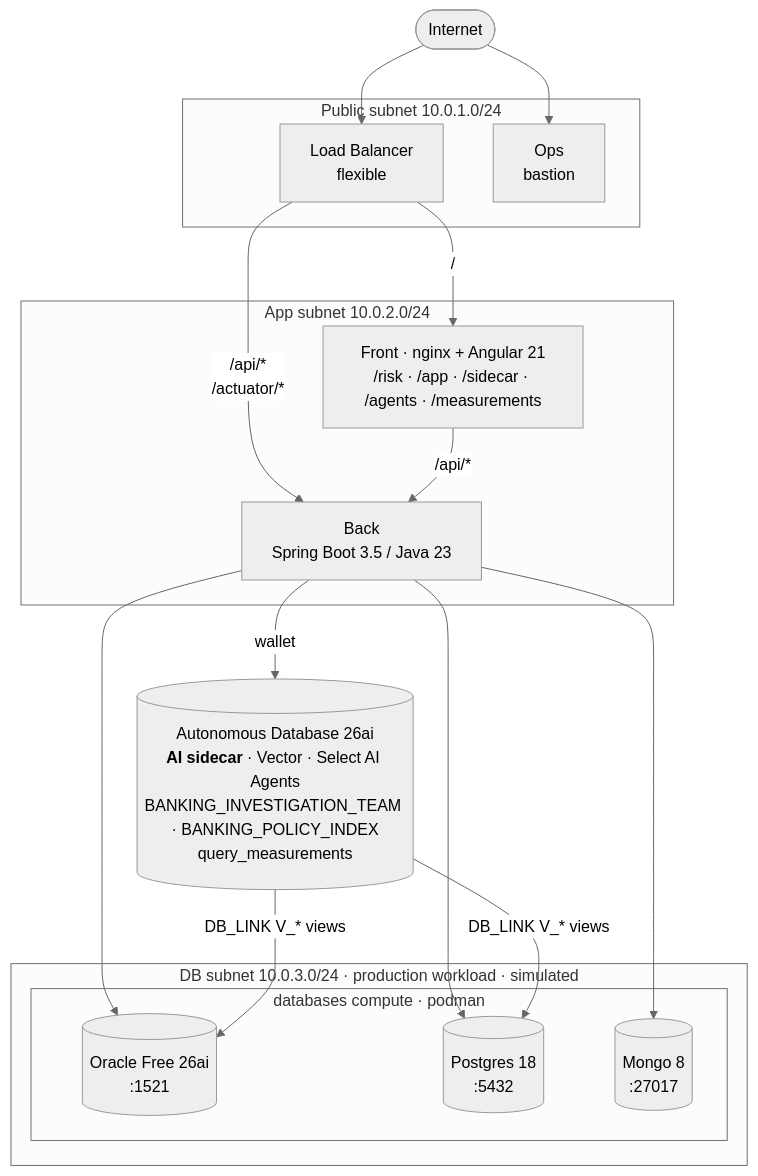
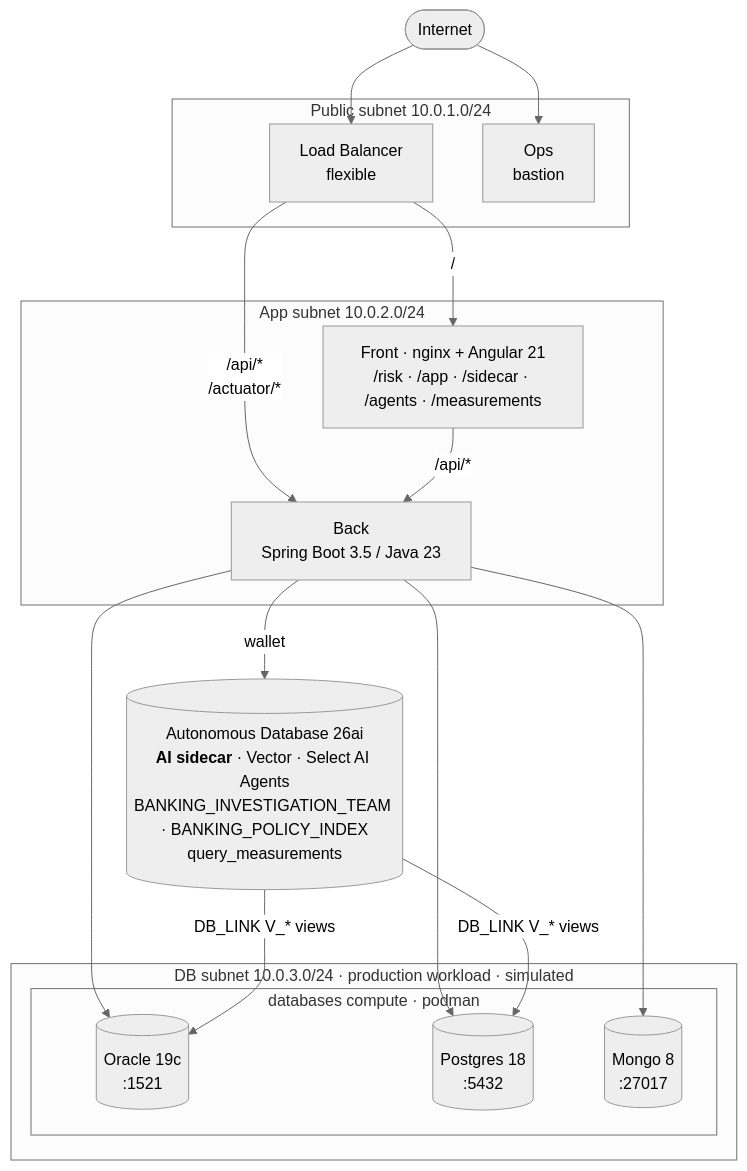
Before and after one commit to vmleon/oracle-adb-sidecar-architecture: the fourth of 4 diagrams in README.md, drawn with Mermaid (neutral theme). The commit also changed other lines of this file and 2 other files, not shown here.

Commit message:
docs: rework TODO into ordered ROADMAP, relabel sim prod as 19c

````diff
--- a/README.md
+++ b/README.md
@@ -179,36 +181,36 @@
 ```mermaid
 flowchart TB
     internet([Internet])
 
     subgraph public [Public subnet 10.0.1.0/24]
         lb[Load Balancer<br/>flexible]
         ops[Ops<br/>bastion]
     end
 
     subgraph appnet [App subnet 10.0.2.0/24]
         front["Front · nginx + Angular 21<br/>/risk · /app · /sidecar · /agents · /measurements"]
         back[Back<br/>Spring Boot 3.5 / Java 23]
     end
 
     subgraph dbnet [DB subnet 10.0.3.0/24 · production workload · simulated]
         subgraph databases [databases compute · podman]
-            oracle[(Oracle Free 26ai<br/>:1521)]
+            oracle[(Oracle 19c<br/>:1521)]
             postgres[(Postgres 18<br/>:5432)]
             mongo[(Mongo 8<br/>:27017)]
         end
     end
 
     adb[(Autonomous Database 26ai<br/><b>AI sidecar</b> · Vector · Select AI Agents<br/>BANKING_INVESTIGATION_TEAM · BANKING_POLICY_INDEX<br/>query_measurements)]
 
     internet --> lb
     internet --> ops
     lb -->|/| front
     lb -->|/api/*<br/>/actuator/*| back
     front -->|/api/*| back
     back -->|wallet| adb
     back --> oracle
     back --> postgres
     back --> mongo
     adb -->|DB_LINK V_* views| oracle
     adb -->|DB_LINK V_* views| postgres
 ```
````
